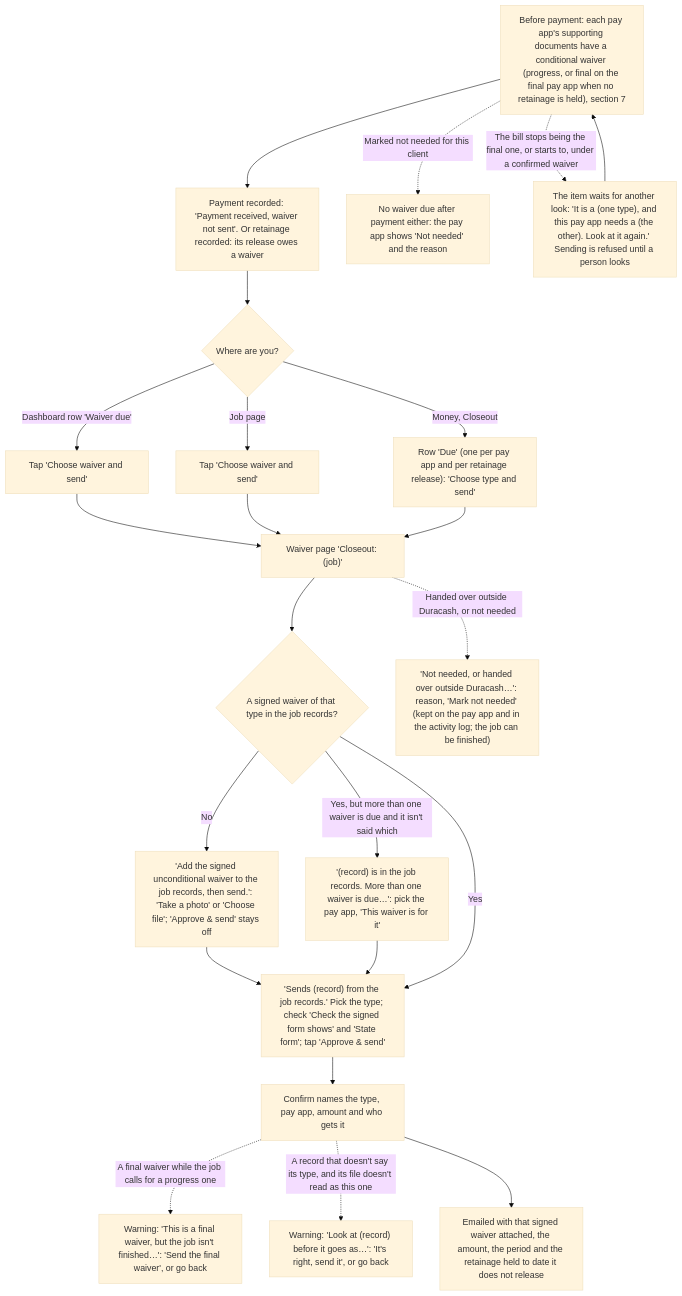
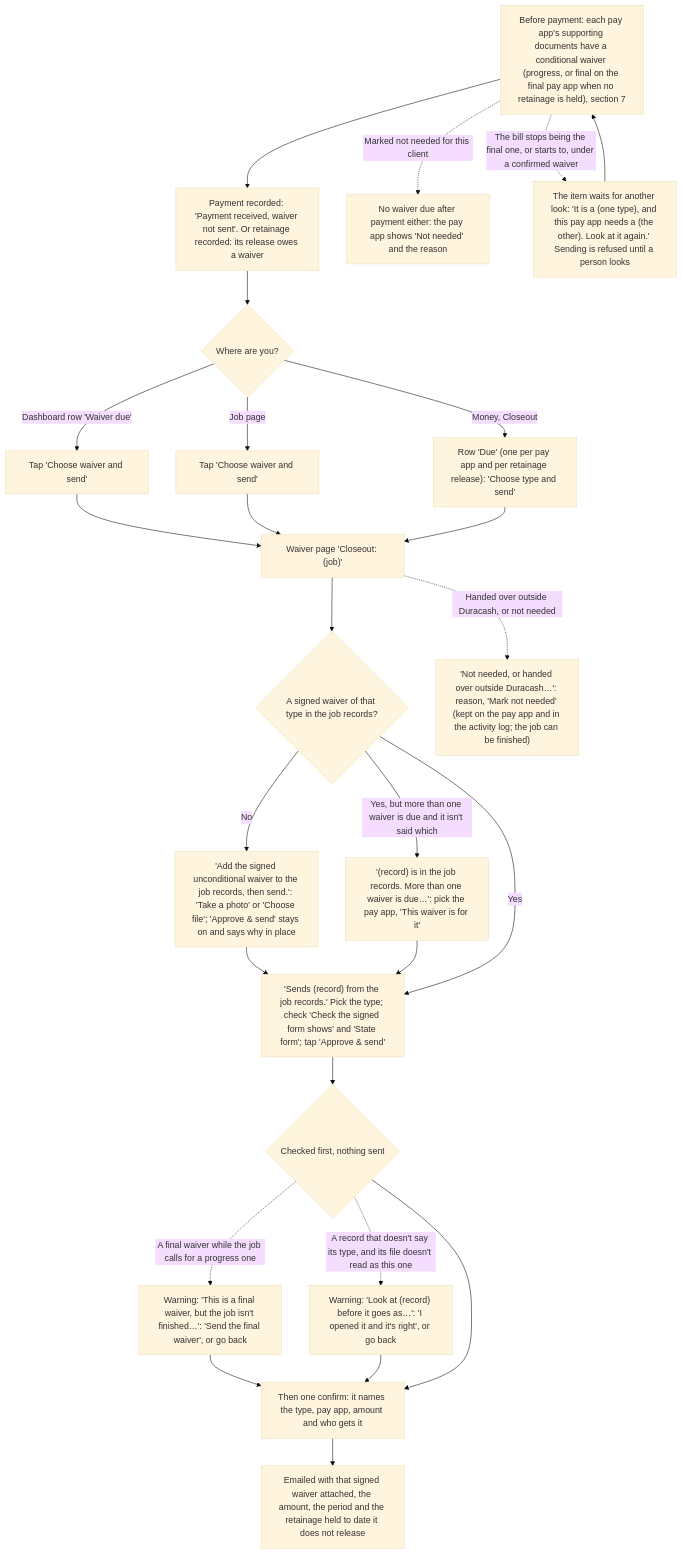
Before and after one commit to cartwrightstephen/billdable: diagram 11 of 18 in docs/client-flows.md, drawn with Mermaid (base theme). The commit also changed other lines of this file and 1 other file, not shown here.

Commit message:
Docs for the Round 1 hunt and acceptance fixes: client-flows.md for each change, file:line references refreshed, helper answers for billing by dollars, the waiver tap, sending, the signed change order copy, retainage paid and New job record

````diff
--- a/docs/client-flows.md
+++ b/docs/client-flows.md
@@ -530,25 +531,28 @@
 ```mermaid
 flowchart TD
     A0["Before payment: each pay app's supporting documents have a conditional waiver (progress, or final on the final pay app when no retainage is held), section 7"] --> A
     A0 -.->|"Marked not needed for this client"| AN["No waiver due after payment either: the pay app shows 'Not needed' and the reason"]
     A0 -.->|"The bill stops being the final one, or starts to, under a confirmed waiver"| FL["The item waits for another look: 'It is a (one type), and this pay app needs a (the other). Look at it again.' Sending is refused until a person looks"]
     FL --> A0
     A["Payment recorded: 'Payment received, waiver not sent'. Or retainage recorded: its release owes a waiver"] --> B{"Where are you?"}
     B -->|"Dashboard row 'Waiver due'"| C["Tap 'Choose waiver and send'"]
     B -->|"Job page"| C2["Tap 'Choose waiver and send'"]
     B -->|"Money, Closeout"| C3["Row 'Due' (one per pay app and per retainage release): 'Choose type and send'"]
     C --> D["Waiver page 'Closeout: (job)'"]
     C2 --> D
     C3 --> D
     D --> E{"A signed waiver of that type in the job records?"}
-    E -->|"No"| E1["'Add the signed unconditional waiver to the job records, then send.': 'Take a photo' or 'Choose file'; 'Approve & send' stays off"]
+    E -->|"No"| E1["'Add the signed unconditional waiver to the job records, then send.': 'Take a photo' or 'Choose file'; 'Approve & send' stays on and says why in place"]
     E1 --> F
     E -->|"Yes, but more than one waiver is due and it isn't said which"| EW["'(record) is in the job records. More than one waiver is due…': pick the pay app, 'This waiver is for it'"]
     EW --> F
     E -->|"Yes"| F["'Sends (record) from the job records.' Pick the type; check 'Check the signed form shows' and 'State form'; tap 'Approve & send'"]
     D -.->|"Handed over outside Duracash, or not needed"| NN["'Not needed, or handed over outside Duracash…': reason, 'Mark not needed' (kept on the pay app and in the activity log; the job can be finished)"]
-    F --> G["Confirm names the type, pay app, amount and who gets it"]
-    G -.->|"A final waiver while the job calls for a progress one"| GF["Warning: 'This is a final waiver, but the job isn't finished…': 'Send the final waiver', or go back"]
-    G -.->|"A record that doesn't say its type, and its file doesn't read as this one"| GL["Warning: 'Look at (record) before it goes as…': 'It's right, send it', or go back"]
+    F --> GC{"Checked first, nothing sent"}
+    GC -.->|"A final waiver while the job calls for a progress one"| GF["Warning: 'This is a final waiver, but the job isn't finished…': 'Send the final waiver', or go back"]
+    GC -.->|"A record that doesn't say its type, and its file doesn't read as this one"| GL["Warning: 'Look at (record) before it goes as…': 'I opened it and it's right', or go back"]
+    GF --> G
+    GL --> G
+    GC --> G["Then one confirm: it names the type, pay app, amount and who gets it"]
     G --> I["Emailed with that signed waiver attached, the amount, the period and the retainage held to date it does not release"]
 ```
````
